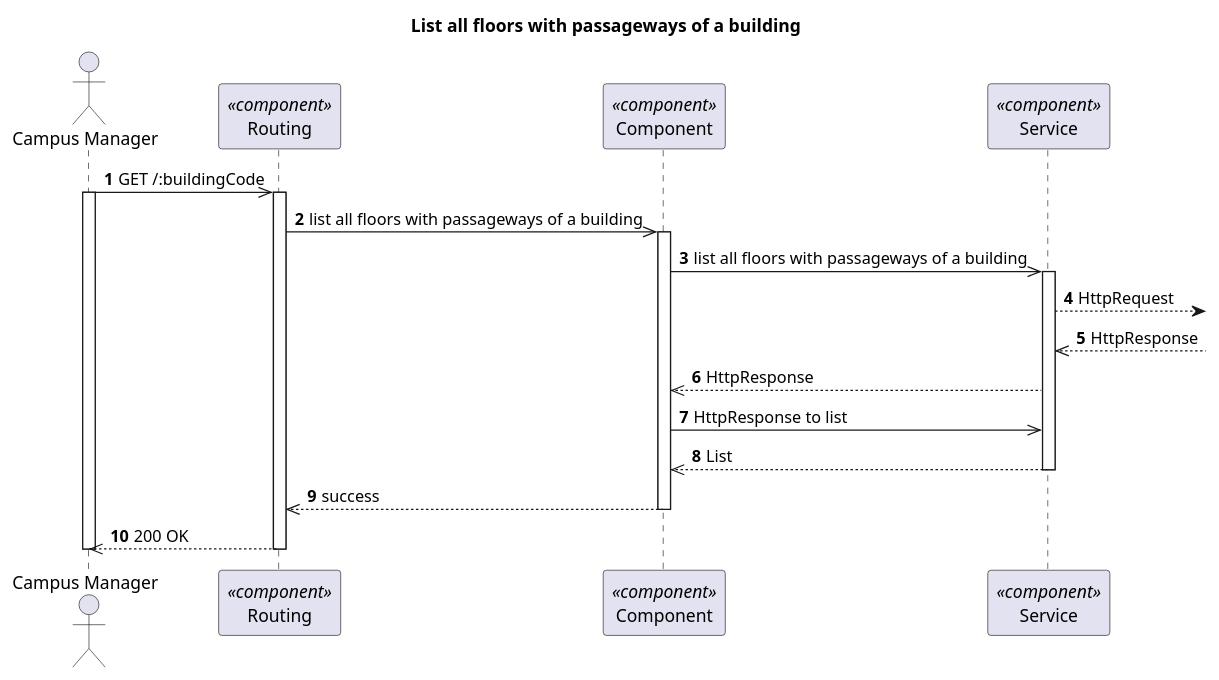
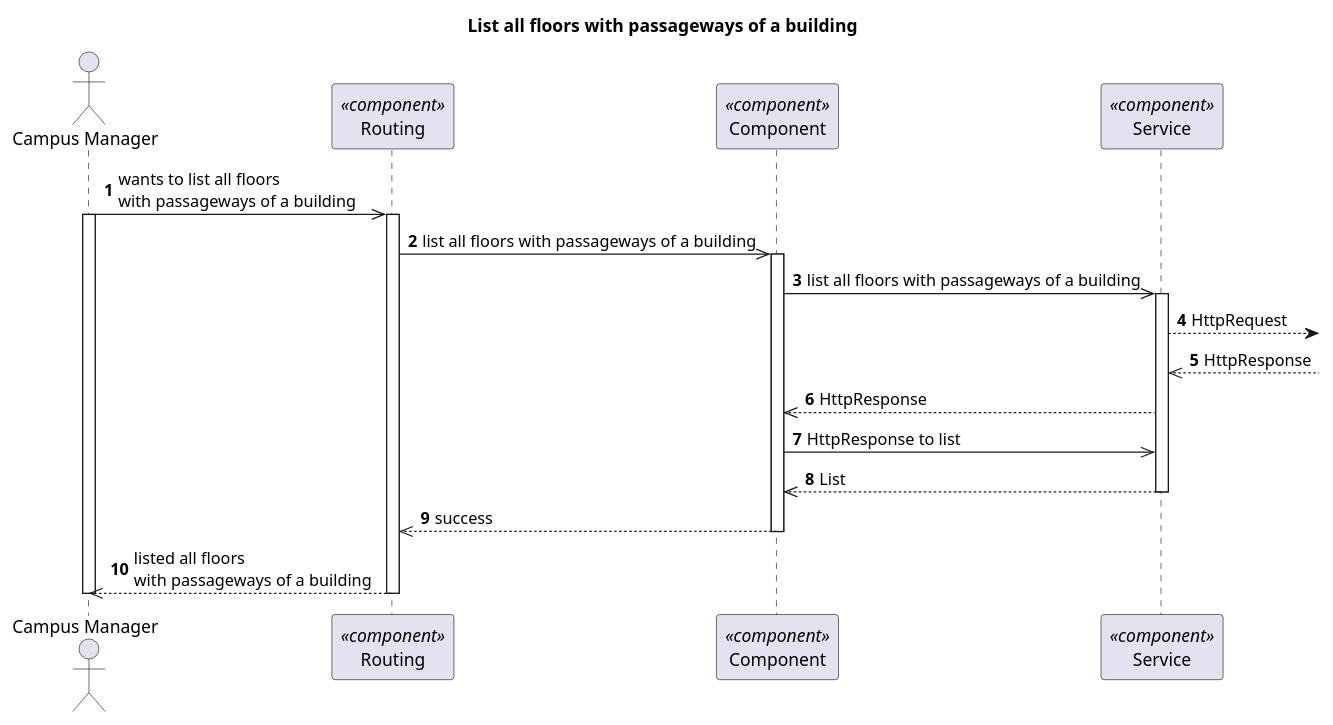
The diagram in docs/VistaProcesso/US220(1200)/Visualization/ProcessView_Level3_US1200.puml (1210910/lapr5), drawn with PlantUML before and after one commit. The commit also changed 14 other files, not shown here.

Commit message:
Fixed diagrams (communication user/system)

```diff
--- a/docs/VistaProcesso/US220(1200)/Visualization/ProcessView_Level3_US1200.puml
+++ b/docs/VistaProcesso/US220(1200)/Visualization/ProcessView_Level3_US1200.puml
@@ -1,36 +1,36 @@
 @startuml Process View - Level 3 - List all floors with passageways of a building
 
 autonumber
 skinparam packageStyle rect
 
 title List all floors with passageways of a building
 
 actor "Campus Manager" as CM
 participant "Routing" as routing <<component>>
 participant "Component" as comp <<component>>
 participant "Service" as service <<component>>
 
-CM->> routing : GET /:buildingCode
+CM->> routing : wants to list all floors \nwith passageways of a building
 activate CM
 activate routing
 routing ->> comp : list all floors with passageways of a building
 
 activate comp
 comp ->> service : list all floors with passageways of a building
 
 activate service
 service --> : HttpRequest
 service<<--  : HttpResponse
 comp <<-- service : HttpResponse
 comp ->> service: HttpResponse to list
 comp <<-- service : List
 deactivate service
 
 comp -->> routing : success
 deactivate comp
 
-CM<<-- routing : 200 OK
+CM<<-- routing : listed all floors \nwith passageways of a building
 deactivate routing
 deactivate CM
 
 @enduml
```
